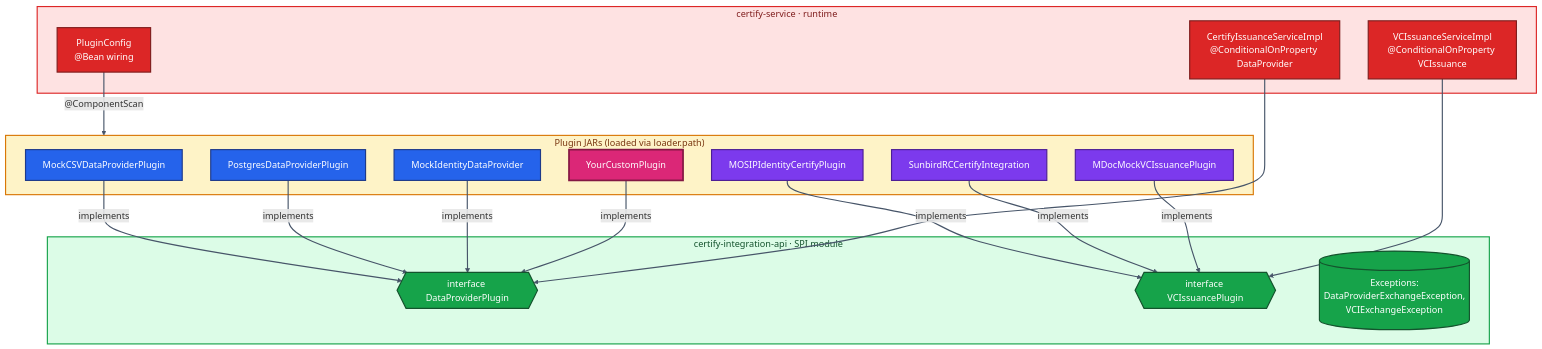
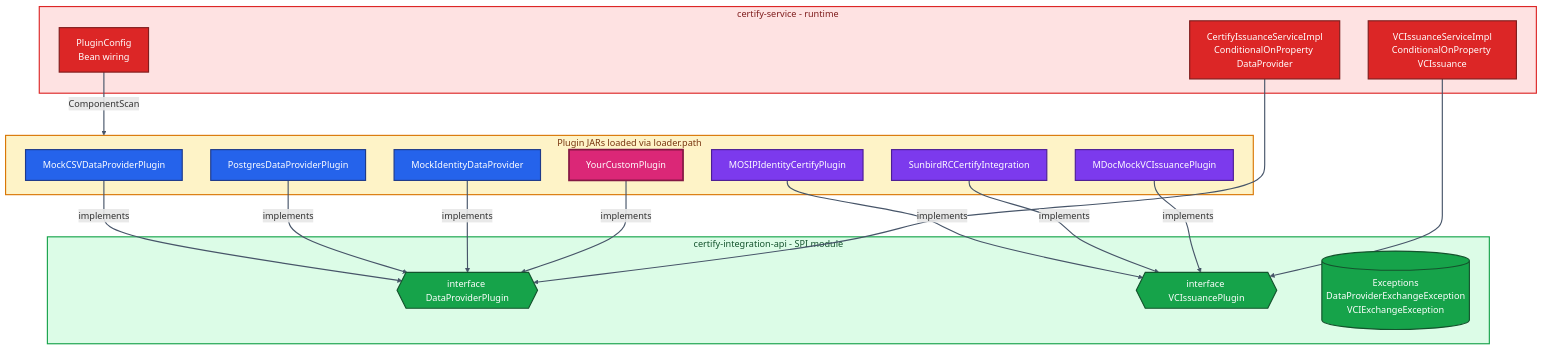
The second of 2 diagrams in developer docs/07-Plugins-And-Modules.md (viitoradmin/inji-digital-health-id), drawn with Mermaid before and after one commit. The commit also changed 3 other files, not shown here.

Commit message:
fix(docs): remove @ from mermaid diagrams for GitHub rendering

````diff
--- a/developer docs/07-Plugins-And-Modules.md
+++ b/developer docs/07-Plugins-And-Modules.md
@@ -61,54 +61,54 @@
 ```mermaid
 flowchart TB
-    subgraph SPI["certify-integration-api · SPI module"]
+    subgraph SPI["certify-integration-api - SPI module"]
         DPI{{"interface DataProviderPlugin"}}
         VPI{{"interface VCIssuancePlugin"}}
-        EX[("Exceptions:<br/>DataProviderExchangeException,<br/>VCIExchangeException")]
+        EX[("Exceptions<br/>DataProviderExchangeException<br/>VCIExchangeException")]
     end
 
-    subgraph Core["certify-service · runtime"]
-        CIS["CertifyIssuanceServiceImpl<br/>#64;ConditionalOnProperty DataProvider"]
-        VIS["VCIssuanceServiceImpl<br/>#64;ConditionalOnProperty VCIssuance"]
-        PC["PluginConfig<br/>#64;Bean wiring"]
+    subgraph Core["certify-service - runtime"]
+        CIS["CertifyIssuanceServiceImpl<br/>ConditionalOnProperty DataProvider"]
+        VIS["VCIssuanceServiceImpl<br/>ConditionalOnProperty VCIssuance"]
+        PC["PluginConfig<br/>Bean wiring"]
     end
 
-    subgraph Plugins["Plugin JARs (loaded via loader.path)"]
+    subgraph Plugins["Plugin JARs loaded via loader.path"]
         Csv["MockCSVDataProviderPlugin"]
         Pg["PostgresDataProviderPlugin"]
         Mock["MockIdentityDataProvider"]
         Ida["MOSIPIdentityCertifyPlugin"]
         Sun["SunbirdRCCertifyIntegration"]
         Mdl["MDocMockVCIssuancePlugin"]
         Yours["YourCustomPlugin"]
     end
 
     Csv -- implements --> DPI
     Pg -- implements --> DPI
     Mock -- implements --> DPI
     Yours -- implements --> DPI
     Ida -- implements --> VPI
     Sun -- implements --> VPI
     Mdl -- implements --> VPI
 
     CIS --> DPI
     VIS --> VPI
-    PC -- "#64;ComponentScan" --> Plugins
+    PC -- ComponentScan --> Plugins
 
     classDef spiNode fill:#16A34A,stroke:#14532D,stroke-width:2px,color:#FFFFFF
     classDef coreNode fill:#DC2626,stroke:#7F1D1D,stroke-width:2px,color:#FFFFFF
     classDef dpPlugin fill:#2563EB,stroke:#1E3A8A,stroke-width:2px,color:#FFFFFF
     classDef vciPlugin fill:#7C3AED,stroke:#4C1D95,stroke-width:2px,color:#FFFFFF
     classDef customPlugin fill:#DB2777,stroke:#831843,stroke-width:3px,color:#FFFFFF
 
     class DPI,VPI,EX spiNode
     class CIS,VIS,PC coreNode
     class Csv,Pg,Mock dpPlugin
     class Ida,Sun,Mdl vciPlugin
     class Yours customPlugin
 
     style SPI fill:#DCFCE7,stroke:#16A34A,stroke-width:2px,color:#14532D
     style Core fill:#FEE2E2,stroke:#DC2626,stroke-width:2px,color:#7F1D1D
     style Plugins fill:#FEF3C7,stroke:#D97706,stroke-width:2px,color:#78350F
 
     linkStyle default stroke:#475569,stroke-width:2px
 ```
````
